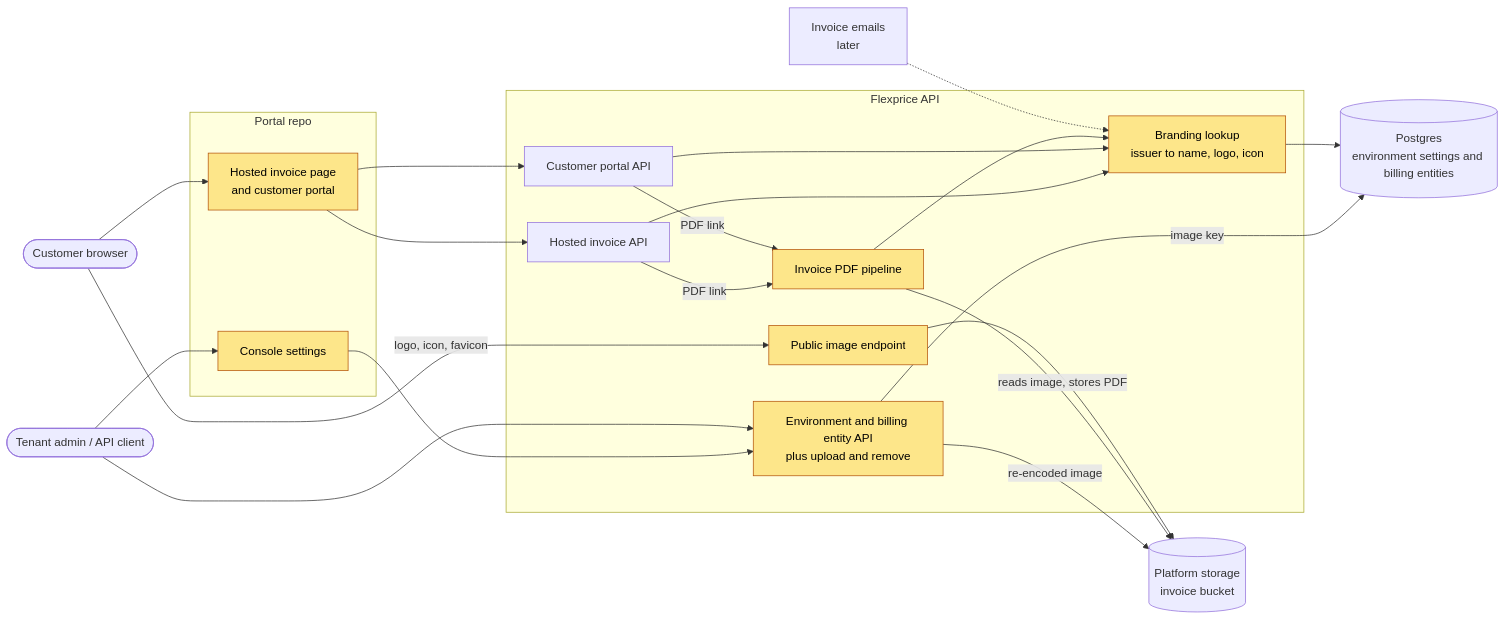
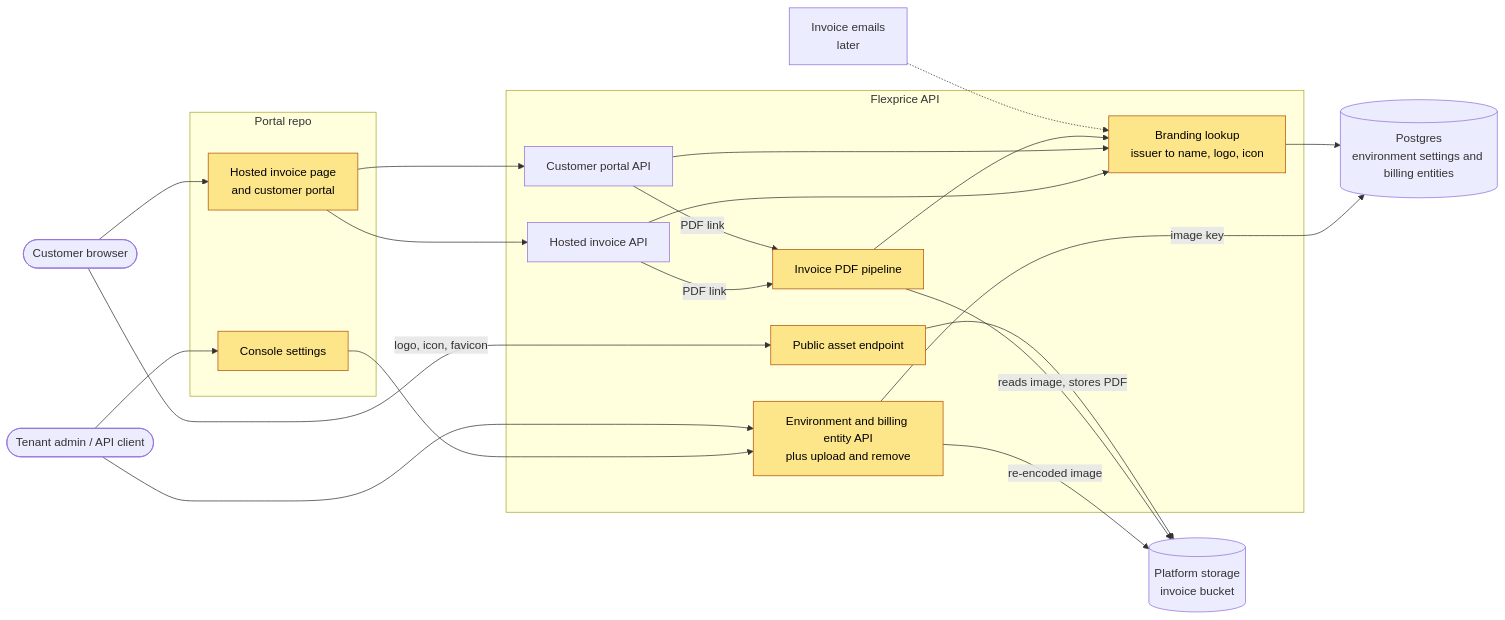
The first of 4 diagrams in docs/design/2026-11-12-tenant-branding-erd.md (flexprice/flexprice), drawn with Mermaid before and after one commit. The commit also changed other lines of this file and 17 other files, not shown here.

First line of the commit message:
refactor(assets): generic public asset layer under branding

````diff
--- a/docs/design/2026-11-12-tenant-branding-erd.md
+++ b/docs/design/2026-11-12-tenant-branding-erd.md
@@ -181,39 +181,39 @@
 ```mermaid
 flowchart LR
   admin([Tenant admin / API client])
   customer([Customer browser])
   subgraph portal[Portal repo]
     console[Console settings]:::new
     pages[Hosted invoice page<br/>and customer portal]:::new
   end
   subgraph api[Flexprice API]
     entityapi[Environment and billing entity API<br/>plus upload and remove]:::new
     lookup[Branding lookup<br/>issuer to name, logo, icon]:::new
-    image[Public image endpoint]:::new
+    image[Public asset endpoint]:::new
     hosted[Hosted invoice API]
     cportal[Customer portal API]
     pdf[Invoice PDF pipeline]:::new
   end
   db[(Postgres<br/>environment settings and billing entities)]
   store[(Platform storage<br/>invoice bucket)]
   email[Invoice emails<br/>later]
 
   admin --> console --> entityapi
   admin --> entityapi
   entityapi -->|re-encoded image| store
   entityapi -->|image key| db
   customer --> pages
   pages --> hosted
   pages --> cportal
   customer -->|logo, icon, favicon| image
   hosted --> lookup
   cportal --> lookup
   hosted -->|PDF link| pdf
   cportal -->|PDF link| pdf
   pdf --> lookup
   lookup --> db
   pdf -->|reads image, stores PDF| store
   image --> store
   email -.-> lookup
   classDef new fill:#fde68a,stroke:#b45309,color:#000
 ```
````
